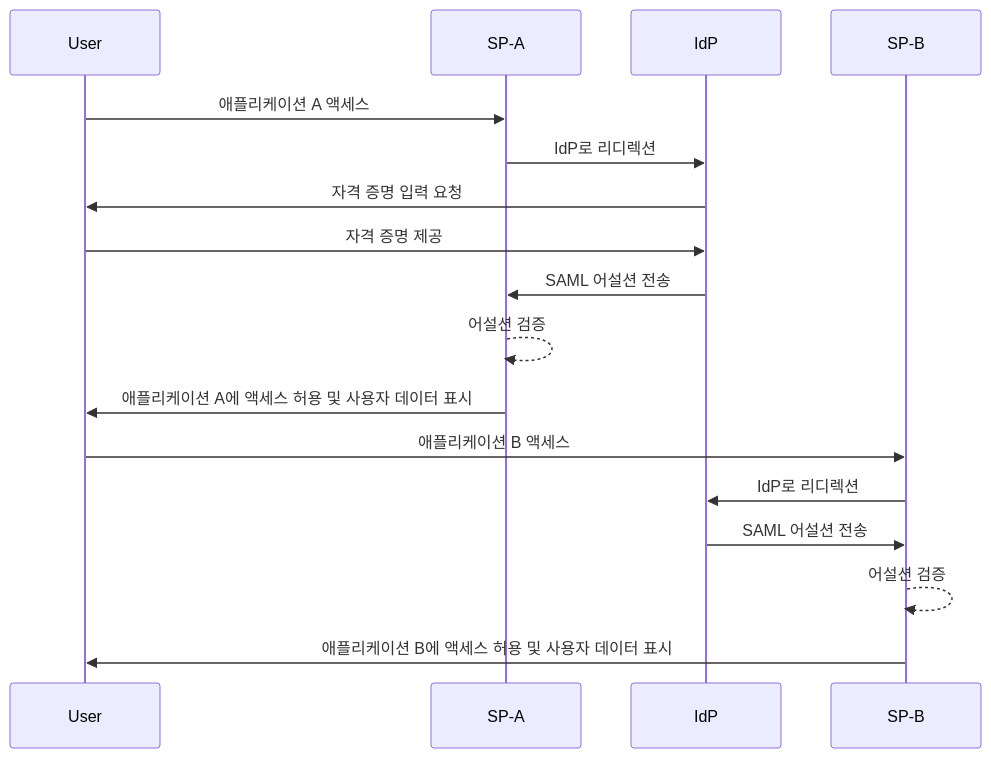
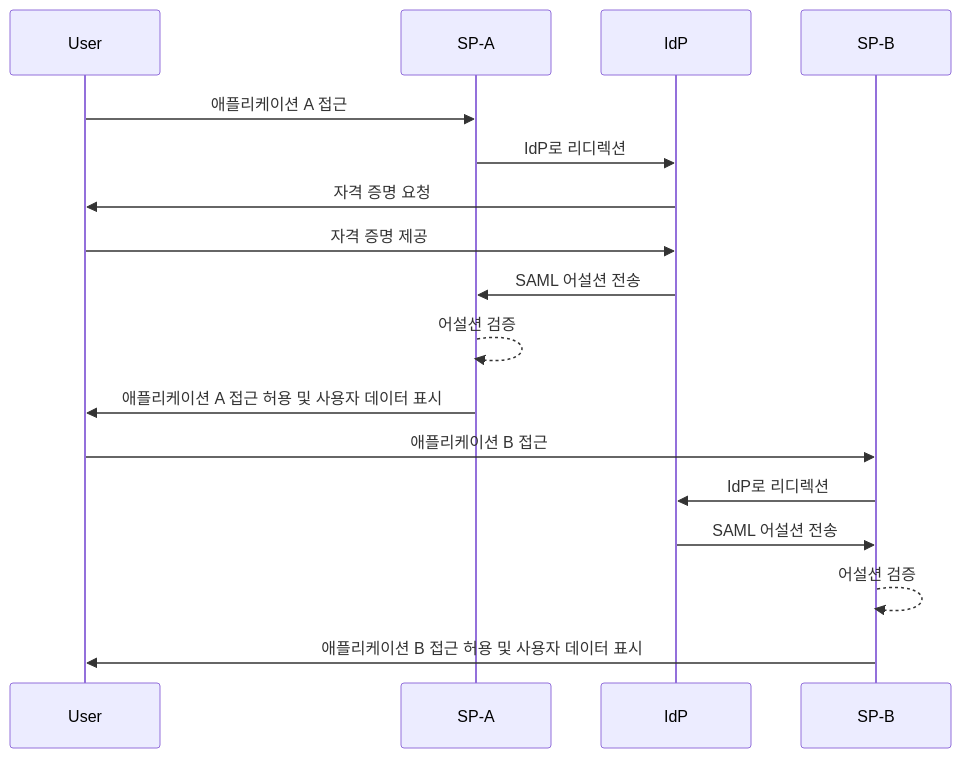
Before and after one commit to logto-io/auth-wiki: the first of 2 diagrams in src/content/terms/ko/single-sign-on.mdx, drawn with Mermaid. The commit also changed other lines of this file and 8 other files, not shown here.

````diff
--- a/src/content/terms/ko/single-sign-on.mdx
+++ b/src/content/terms/ko/single-sign-on.mdx
@@ -29,20 +31,20 @@
 ```mermaid
 sequenceDiagram
     participant User
     participant SP-A
     participant IdP
     participant SP-B
 
-    User->>SP-A: 애플리케이션 A 액세스
+    User->>SP-A: 애플리케이션 A 접근
     SP-A->>IdP: IdP로 리디렉션
-    IdP->>User: 자격 증명 입력 요청
+    IdP->>User: 자격 증명 요청
     User->>IdP: 자격 증명 제공
     IdP->>SP-A: SAML 어설션 전송
     SP-A-->>SP-A: 어설션 검증
-    SP-A->>User: 애플리케이션 A에 액세스 허용 및 사용자 데이터 표시
-    User->>SP-B: 애플리케이션 B 액세스
+    SP-A->>User: 애플리케이션 A 접근 허용 및 사용자 데이터 표시
+    User->>SP-B: 애플리케이션 B 접근
     SP-B->>IdP: IdP로 리디렉션
     IdP->>SP-B: SAML 어설션 전송
     SP-B-->>SP-B: 어설션 검증
-    SP-B->>User: 애플리케이션 B에 액세스 허용 및 사용자 데이터 표시
+    SP-B->>User: 애플리케이션 B 접근 허용 및 사용자 데이터 표시
 ```
````
